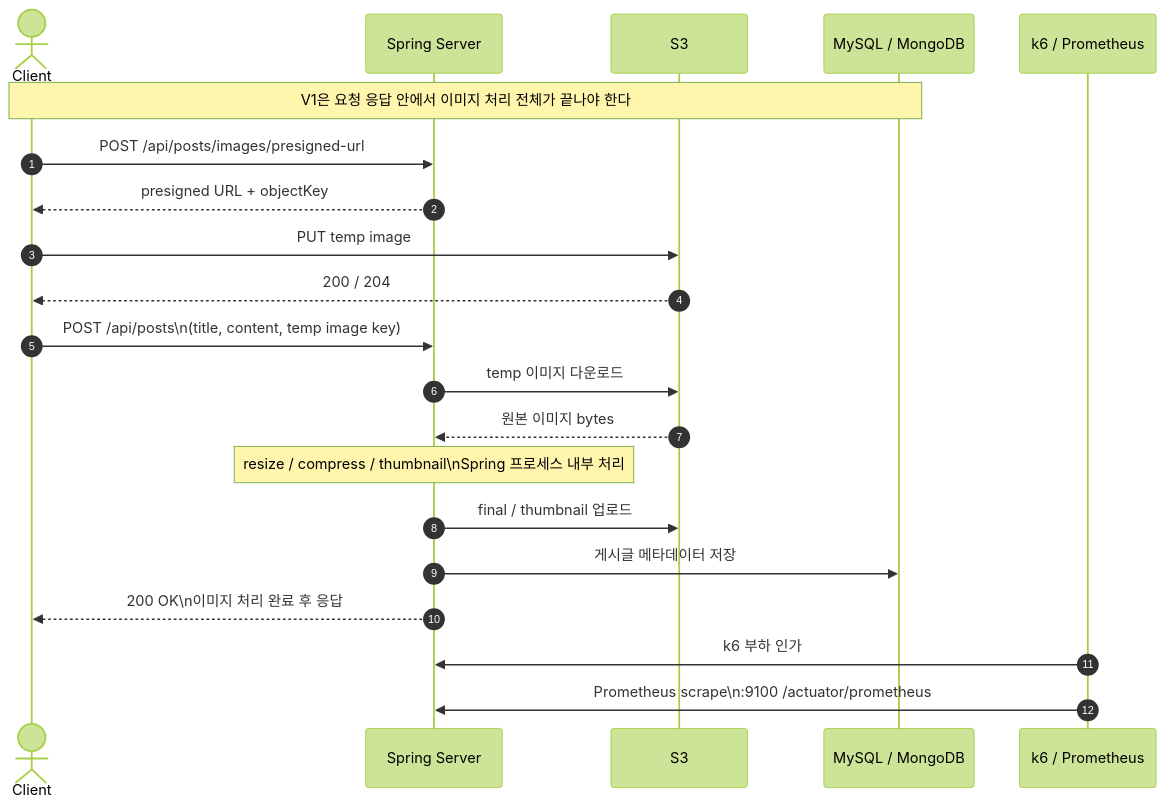
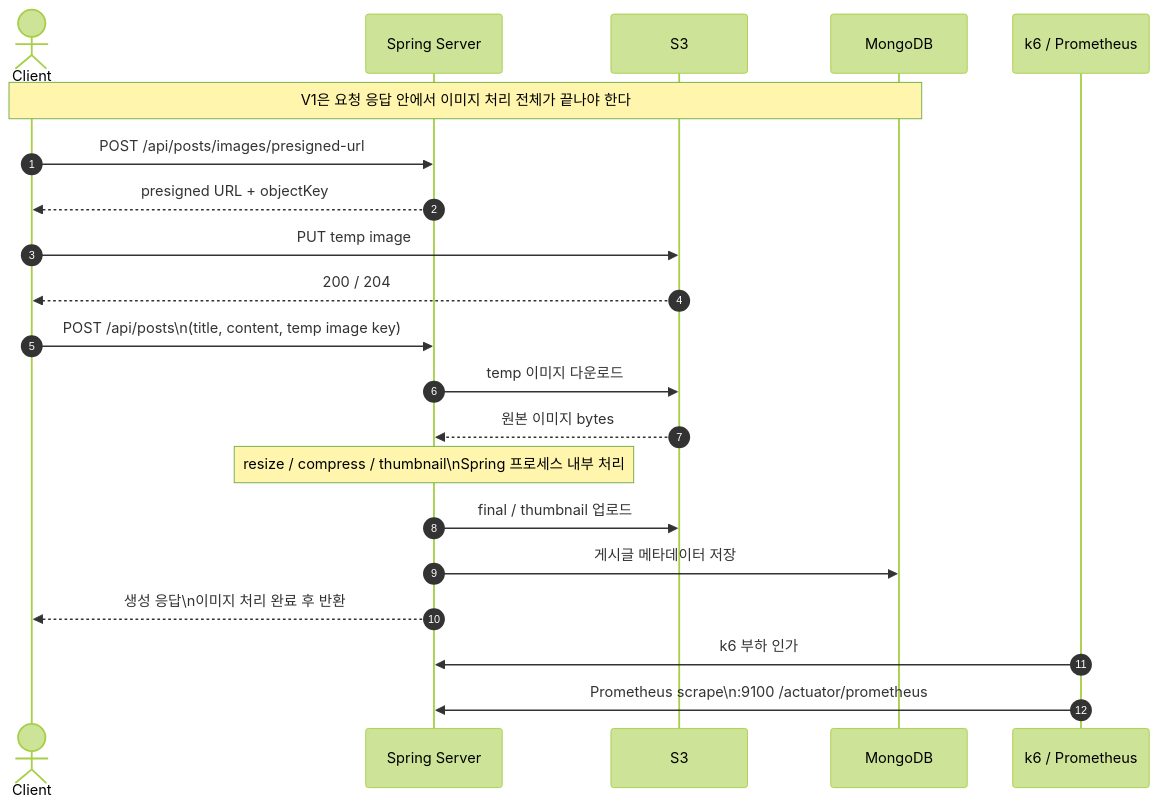
Before and after one commit to 100-hours-a-week/3-logan-cho-community-BE: the first of 2 diagrams in docs/experiments/diagrams/image-pipeline-v1-v2-sequence.md, drawn with Mermaid (forest theme). The commit also changed other lines of this file and 8 other files, not shown here.

Commit message:
docs: align architecture flows with actual image status model

````diff
--- a/docs/experiments/diagrams/image-pipeline-v1-v2-sequence.md
+++ b/docs/experiments/diagrams/image-pipeline-v1-v2-sequence.md
@@ -5,26 +5,26 @@
 ```mermaid
 sequenceDiagram
     autonumber
     actor Client
     participant Spring as Spring Server
     participant S3
-    participant DB as MySQL / MongoDB
+    participant DB as MongoDB
     participant Obs as k6 / Prometheus
 
     Note over Client,DB: V1은 요청 응답 안에서 이미지 처리 전체가 끝나야 한다
 
     Client->>Spring: POST /api/posts/images/presigned-url
     Spring-->>Client: presigned URL + objectKey
     Client->>S3: PUT temp image
     S3-->>Client: 200 / 204
     Client->>Spring: POST /api/posts\n(title, content, temp image key)
     Spring->>S3: temp 이미지 다운로드
     S3-->>Spring: 원본 이미지 bytes
     Note over Spring: resize / compress / thumbnail\nSpring 프로세스 내부 처리
     Spring->>S3: final / thumbnail 업로드
     Spring->>DB: 게시글 메타데이터 저장
-    Spring-->>Client: 200 OK\n이미지 처리 완료 후 응답
+    Spring-->>Client: 생성 응답\n이미지 처리 완료 후 반환
 
     Obs->>Spring: k6 부하 인가
     Obs->>Spring: Prometheus scrape\n:9100 /actuator/prometheus
 ```
````
